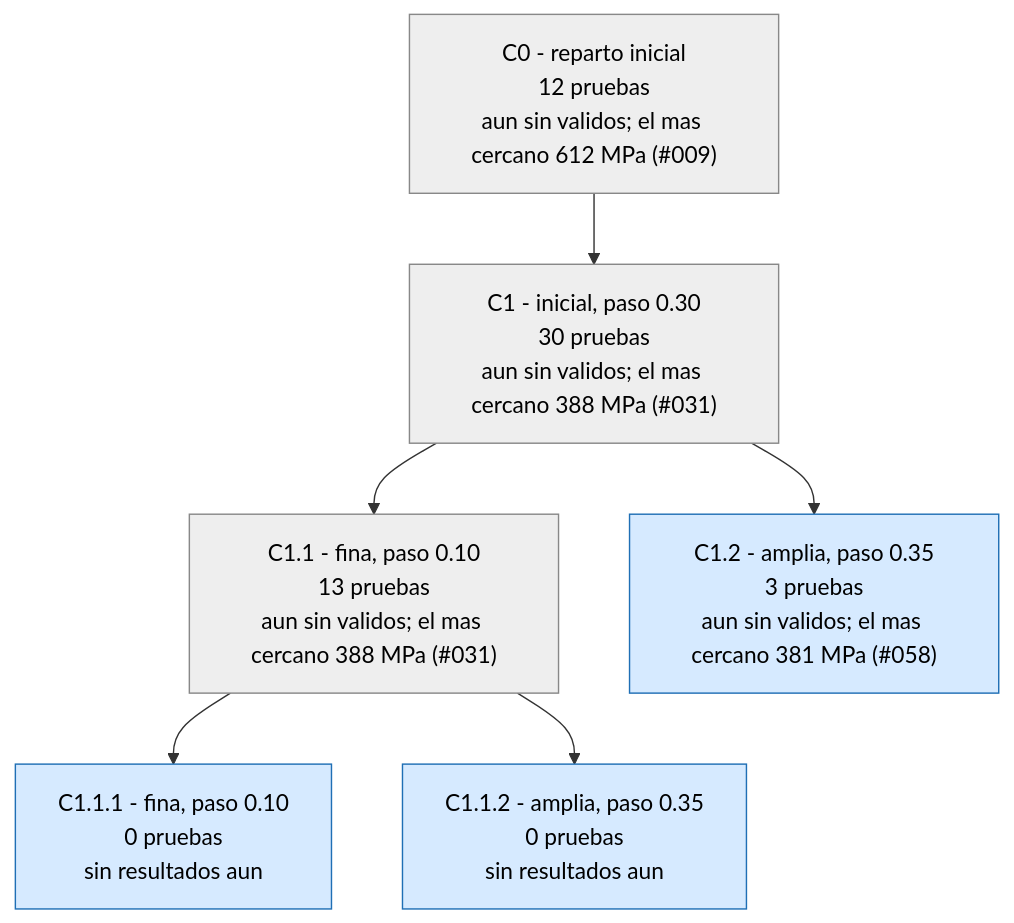
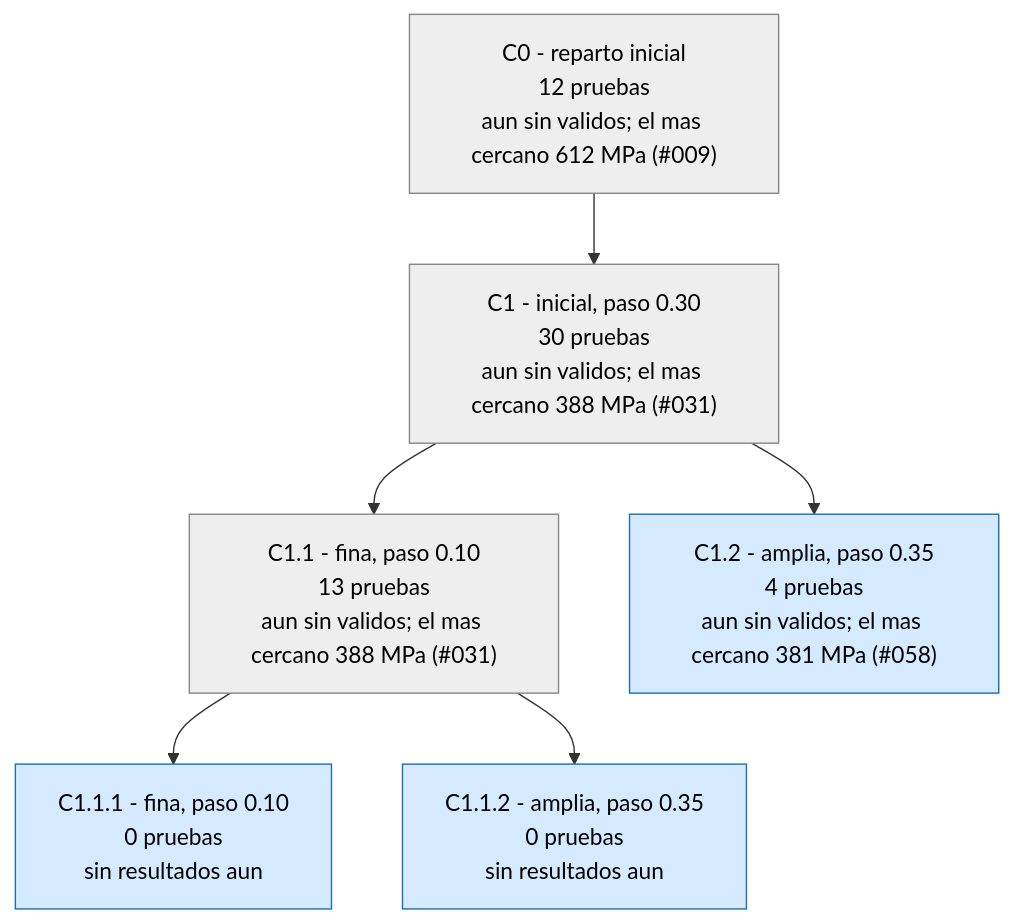
The third of 3 diagrams in runs/opt_37800N/ARBOL.md (Hugiko/msd-soporte-optimizacion), drawn with Mermaid before and after one commit. The commit also changed 14 other files, not shown here.

````diff
--- a/runs/opt_37800N/ARBOL.md
+++ b/runs/opt_37800N/ARBOL.md
@@ -65,17 +65,17 @@
 ```mermaid
 graph TD
 classDef activa fill:#d6eaff,stroke:#1f6fb5,color:#000
 classDef fin fill:#eeeeee,stroke:#888,color:#000
 classDef mejor fill:#c8f0c0,stroke:#1a9850,stroke-width:4px,color:#000
 C0["C0 - reparto inicial<br/>12 pruebas<br/>aun sin validos; el mas cercano 612 MPa (#009)"]:::fin
 C1["C1 - inicial, paso 0.30<br/>30 pruebas<br/>aun sin validos; el mas cercano 388 MPa (#031)"]:::fin
 C0 --> C1
 C1_1["C1.1 - fina, paso 0.10<br/>13 pruebas<br/>aun sin validos; el mas cercano 388 MPa (#031)"]:::fin
 C1 --> C1_1
-C1_2["C1.2 - amplia, paso 0.35<br/>3 pruebas<br/>aun sin validos; el mas cercano 381 MPa (#058)"]:::activa
+C1_2["C1.2 - amplia, paso 0.35<br/>4 pruebas<br/>aun sin validos; el mas cercano 381 MPa (#058)"]:::activa
 C1 --> C1_2
 C1_1_1["C1.1.1 - fina, paso 0.10<br/>0 pruebas<br/>sin resultados aun"]:::activa
 C1_1 --> C1_1_1
 C1_1_2["C1.1.2 - amplia, paso 0.35<br/>0 pruebas<br/>sin resultados aun"]:::activa
 C1_1 --> C1_1_2
 ```
````
